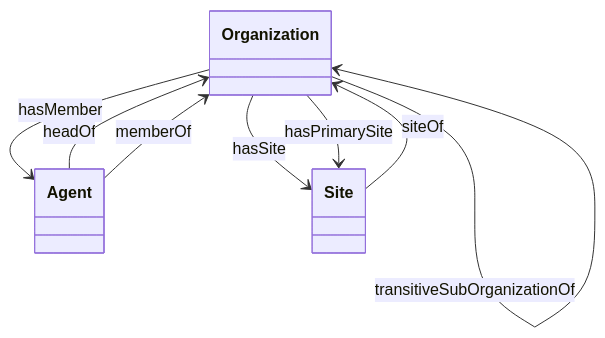
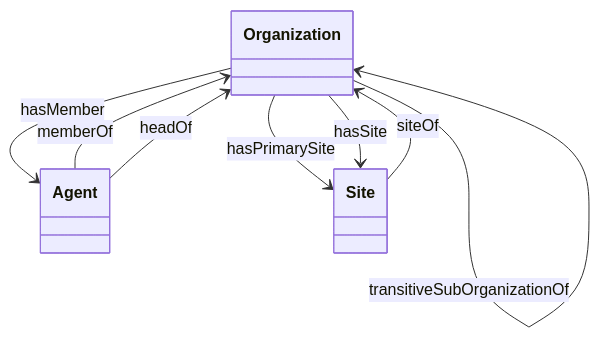
The diagram in output/Top_in_lov/org.ttl-description-3.md (oeg-upm/Devos), drawn with Mermaid before and after one commit. The commit also changed other lines of this file and 295 other files, not shown here.

````diff
--- a/output/Top_in_lov/org.ttl-description-3.md
+++ b/output/Top_in_lov/org.ttl-description-3.md
@@ -1,39 +1,39 @@
 ```mermaid
 	classDiagram
 
     
     class Organization {
     
     }
 
     class Agent {
     
     }
 
     class Site {
     
     }
 
 
 
-Agent  --> Organization   :headOf  
+Agent  --> Organization   :memberOf  
 
-Agent  --> Organization   :memberOf  
+Organization  --> Organization   :subOrganizationOf  
 
 Organization  --> Organization   :linkedTo  
 
-Organization  --> Site   :hasSite  
+Organization  --> Site   :hasPrimarySite  
 
-Organization  --> Site   :hasPrimarySite  
+Organization  --> Agent   :hasMember  
+
+Agent  --> Organization   :headOf  
 
 Organization  --> Organization   :hasSubOrganization  
 
+Organization  --> Organization   :transitiveSubOrganizationOf  
+
+Organization  --> Site   :hasSite  
+
 Site  --> Organization   :siteOf  
 
-Organization  --> Organization   :subOrganizationOf  
-
-Organization  --> Agent   :hasMember  
-
-Organization  --> Organization   :transitiveSubOrganizationOf  
-
 ```
````
